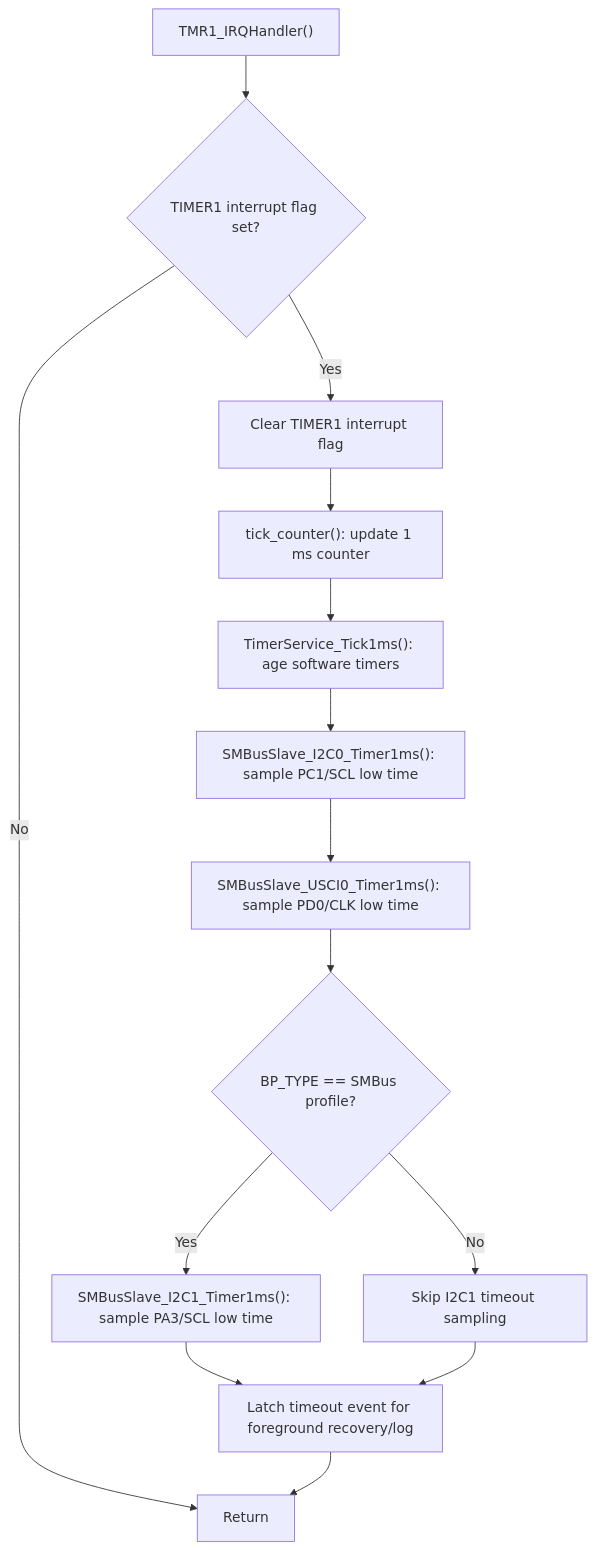
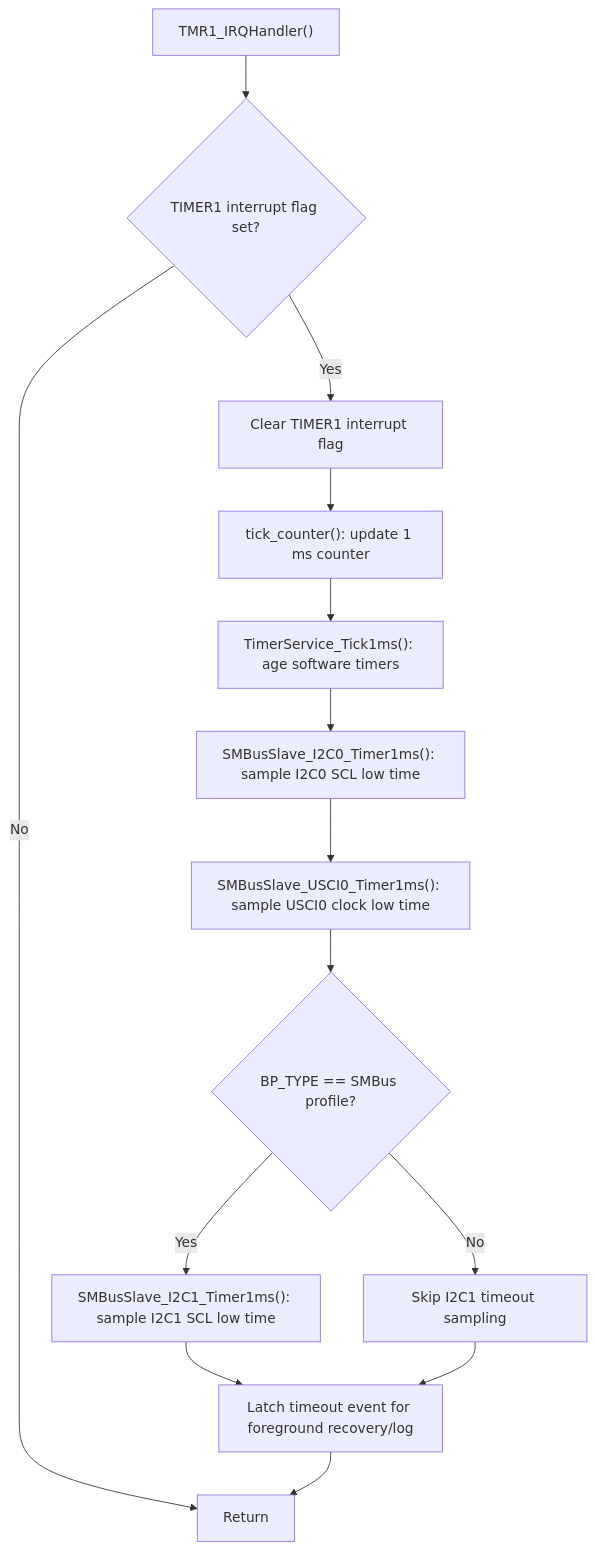
Before and after one commit to released/M031BSP_Software_SGPIO_I2C_Slave: the second of 4 diagrams in README.md, drawn with Mermaid. The commit also changed other lines of this file and 1 other file, not shown here.

````diff
--- a/README.md
+++ b/README.md
@@ -184,16 +182,16 @@
 ```mermaid
 flowchart TD
     A["TMR1_IRQHandler()"] --> B{"TIMER1 interrupt flag set?"}
     B -->|No| Z["Return"]
     B -->|Yes| C["Clear TIMER1 interrupt flag"]
     C --> D["tick_counter(): update 1 ms counter"]
     D --> E["TimerService_Tick1ms(): age software timers"]
-    E --> F["SMBusSlave_I2C0_Timer1ms(): sample PC1/SCL low time"]
-    F --> G["SMBusSlave_USCI0_Timer1ms(): sample PD0/CLK low time"]
+    E --> F["SMBusSlave_I2C0_Timer1ms(): sample I2C0 SCL low time"]
+    F --> G["SMBusSlave_USCI0_Timer1ms(): sample USCI0 clock low time"]
     G --> H{"BP_TYPE == SMBus profile?"}
-    H -->|Yes| I["SMBusSlave_I2C1_Timer1ms(): sample PA3/SCL low time"]
+    H -->|Yes| I["SMBusSlave_I2C1_Timer1ms(): sample I2C1 SCL low time"]
     H -->|No| J["Skip I2C1 timeout sampling"]
     I --> K["Latch timeout event for foreground recovery/log"]
     J --> K
     K --> Z
 ```
````
